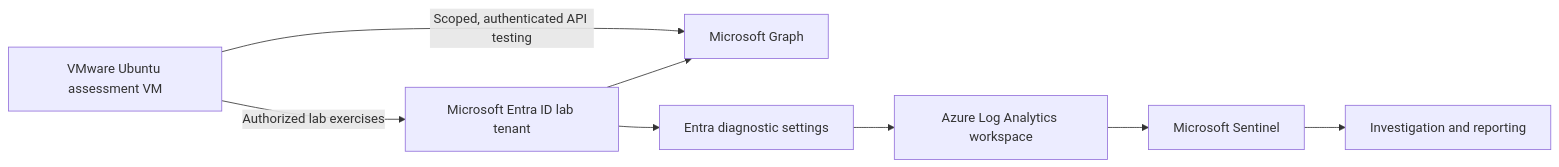
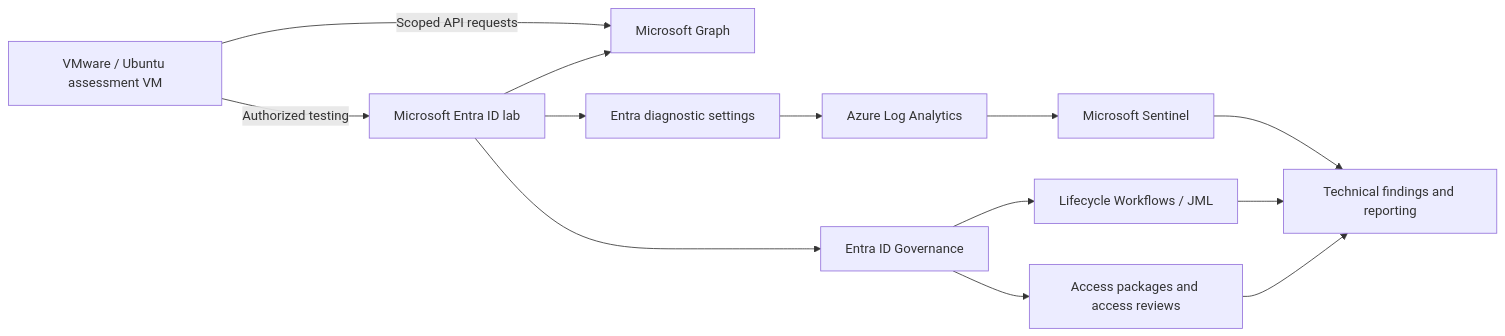
Before and after one commit to macgeek39/Identity-recon-security-lab: the diagram in README.md, drawn with Mermaid. The commit also changed other lines of this file and 9 other files, not shown here.

````diff
--- a/README.md
+++ b/README.md
@@ -19,10 +19,15 @@
 ```mermaid
 flowchart LR
-    V[VMware Ubuntu assessment VM] -->|Authorized lab exercises| E[Microsoft Entra ID lab tenant]
-    V -->|Scoped, authenticated API testing| G[Microsoft Graph]
-    E --> G
-    E --> D[Entra diagnostic settings]
-    D --> L[Azure Log Analytics workspace]
-    L --> S[Microsoft Sentinel]
-    S --> R[Investigation and reporting]
+    VM[VMware / Ubuntu assessment VM] -->|Authorized testing| ID[Microsoft Entra ID lab]
+    VM -->|Scoped API requests| GRAPH[Microsoft Graph]
+    ID --> GRAPH
+    ID --> DIAG[Entra diagnostic settings]
+    DIAG --> LAW[Azure Log Analytics]
+    LAW --> SIEM[Microsoft Sentinel]
+    ID --> GOV[Entra ID Governance]
+    GOV --> JML[Lifecycle Workflows / JML]
+    GOV --> ENT[Access packages and access reviews]
+    SIEM --> REP[Technical findings and reporting]
+    JML --> REP
+    ENT --> REP
 ```
````
